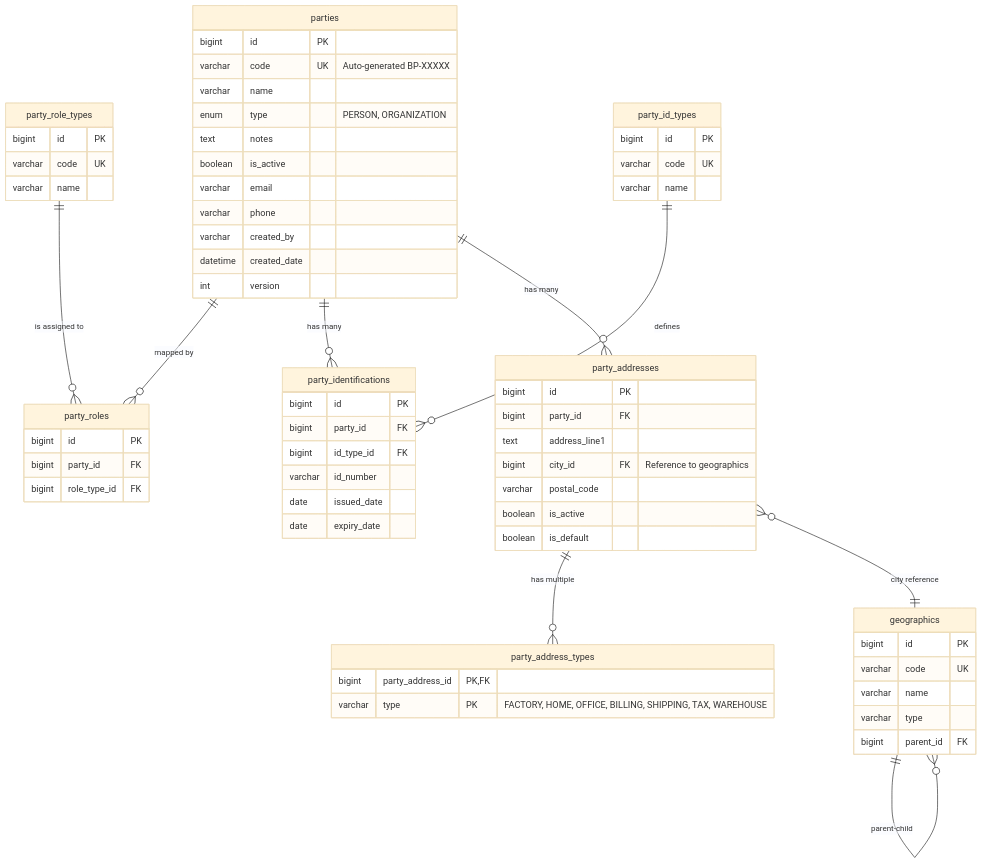
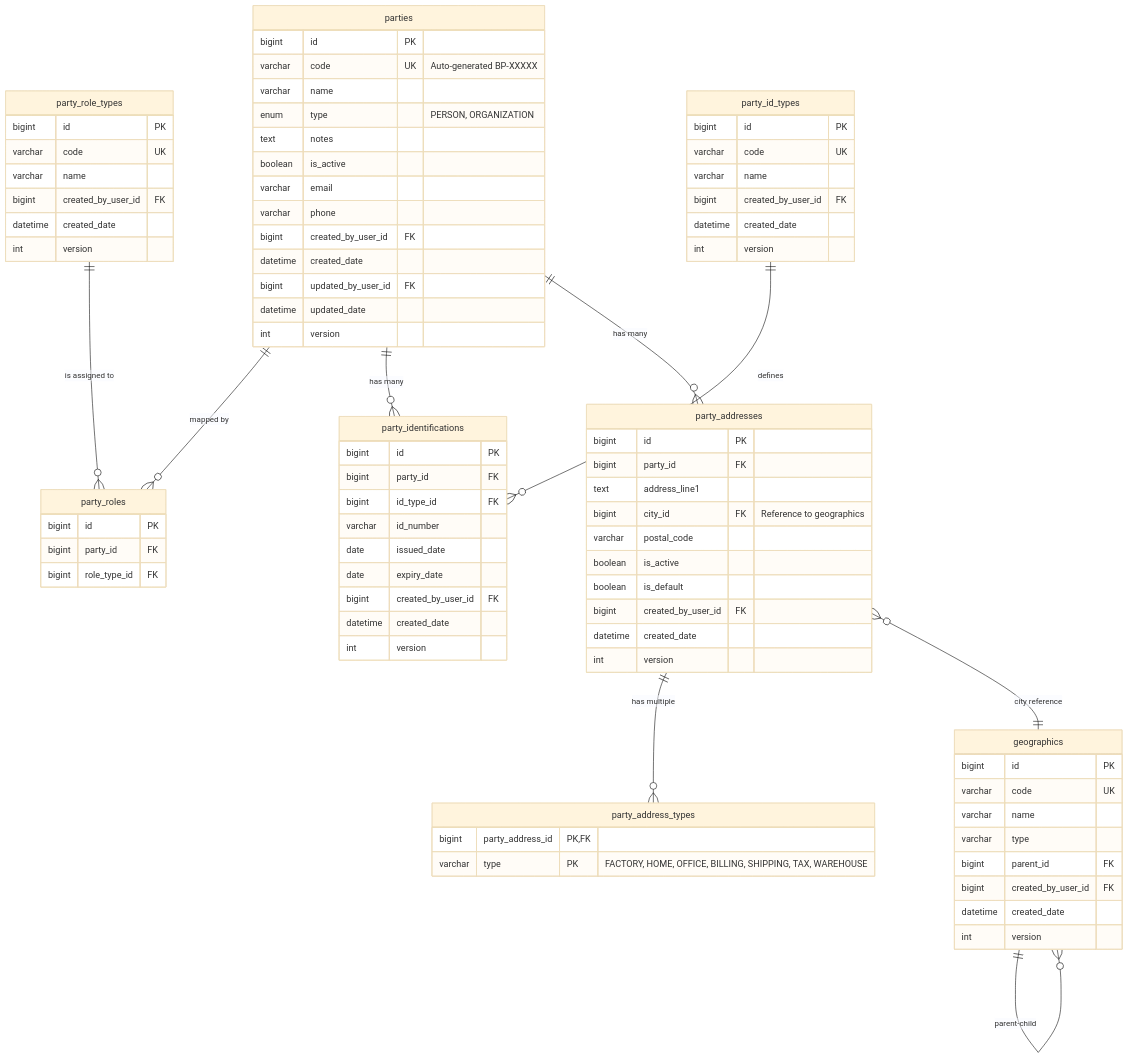
The diagram in docs/database/party-erd.md (quenzvezda/solusi-erp), drawn with Mermaid (base theme) before and after one commit. The commit also changed other lines of this file and 39 other files, not shown here.

First line of the commit message:
refactor(core): align auditing architecture and fix related bugs

```diff
--- a/docs/database/party-erd.md
+++ b/docs/database/party-erd.md
@@ -8,12 +8,18 @@
         bigint id PK
         varchar code UK
         varchar name
+        bigint created_by_user_id FK
+        datetime created_date
+        int version
     }
 
     party_id_types {
         bigint id PK
         varchar code UK
         varchar name
+        bigint created_by_user_id FK
+        datetime created_date
+        int version
     }
 
     parties {
@@ -25,8 +31,10 @@
         boolean is_active
         varchar email
         varchar phone
-        varchar created_by
+        bigint created_by_user_id FK
         datetime created_date
+        bigint updated_by_user_id FK
+        datetime updated_date
         int version
     }
 
@@ -43,6 +51,9 @@
         varchar id_number
         date issued_date
         date expiry_date
+        bigint created_by_user_id FK
+        datetime created_date
+        int version
     }
 
     party_addresses {
@@ -53,6 +64,9 @@
         varchar postal_code
         boolean is_active
         boolean is_default
+        bigint created_by_user_id FK
+        datetime created_date
+        int version
     }
 
     party_address_types {
@@ -66,6 +80,9 @@
         varchar name
         varchar type
         bigint parent_id FK
+        bigint created_by_user_id FK
+        datetime created_date
+        int version
     }
 
     parties ||--o{ party_roles : "mapped by"
```
